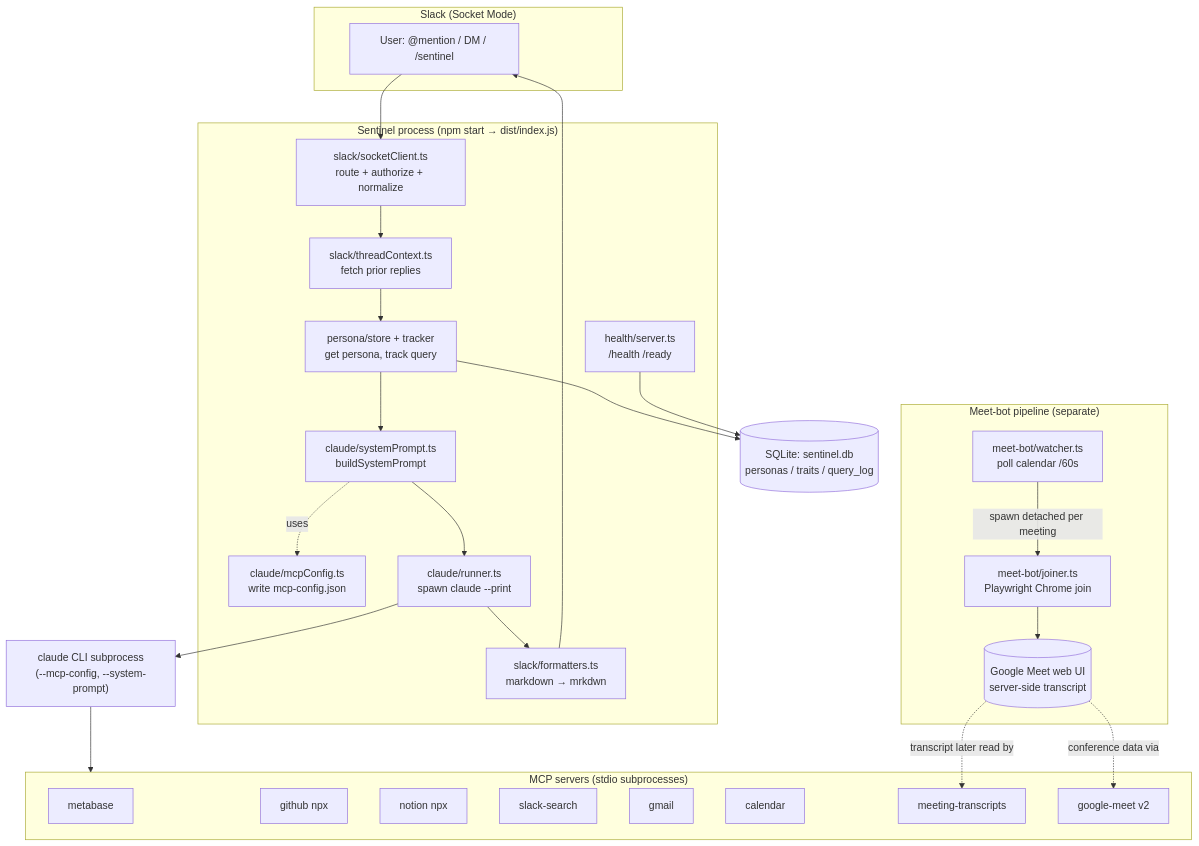
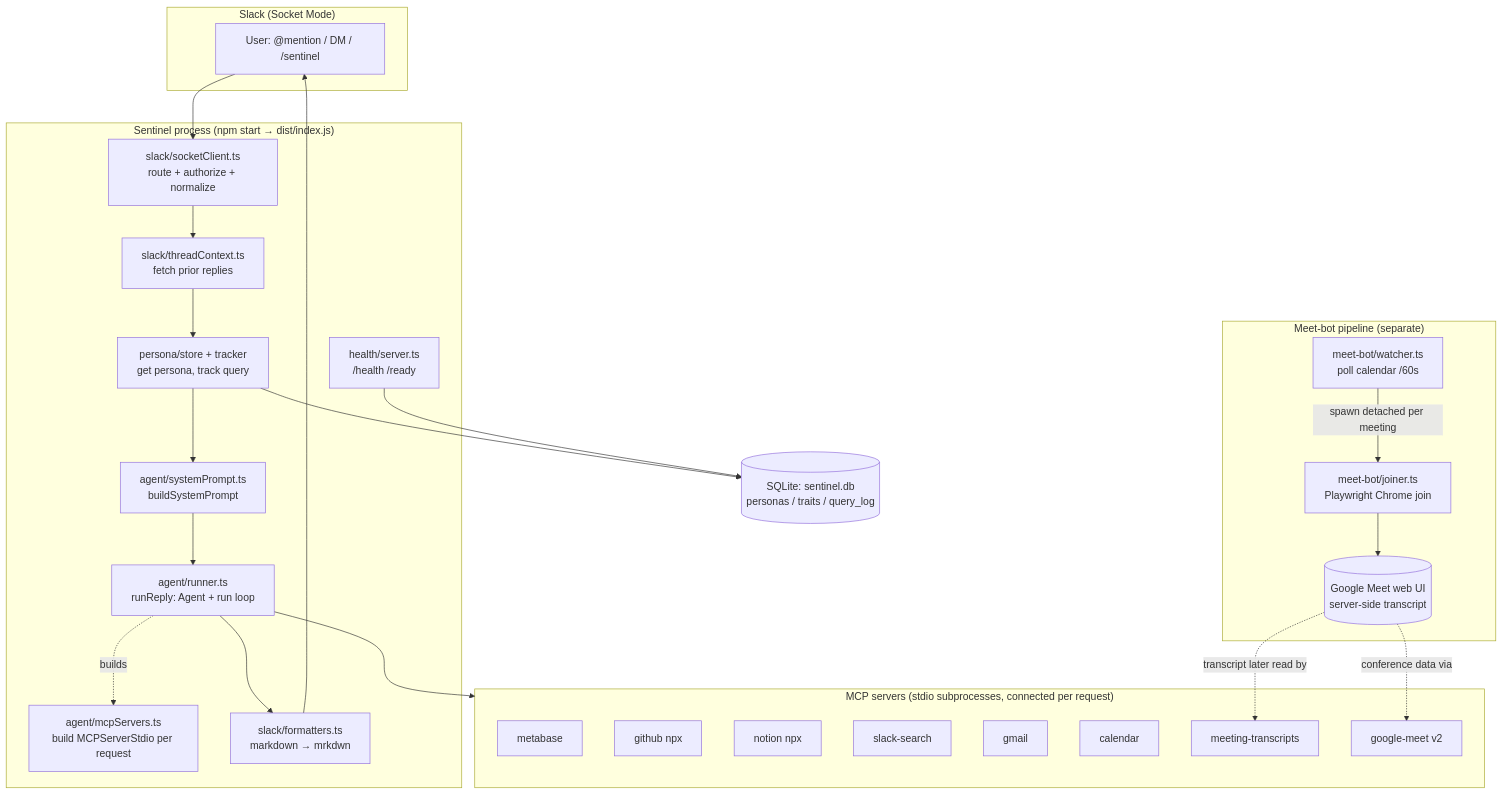
One commit to Newton-School/sentinel changed the diagram in ARCHITECTURE.md. Above: the diagram before and after it, drawn with Mermaid. The commit also changed other lines of this file and 16 other files, not shown here.

````diff
--- a/ARCHITECTURE.md
+++ b/ARCHITECTURE.md
@@ -9,49 +9,47 @@
 ```mermaid
 flowchart TD
     subgraph Slack["Slack (Socket Mode)"]
         U[User: @mention / DM / /sentinel]
     end
 
     subgraph Bot["Sentinel process (npm start → dist/index.js)"]
         SC[slack/socketClient.ts<br/>route + authorize + normalize]
         TC[slack/threadContext.ts<br/>fetch prior replies]
         PS[persona/store + tracker<br/>get persona, track query]
-        SP[claude/systemPrompt.ts<br/>buildSystemPrompt]
-        MC[claude/mcpConfig.ts<br/>write mcp-config.json]
-        RUN[claude/runner.ts<br/>spawn claude --print]
+        SP[agent/systemPrompt.ts<br/>buildSystemPrompt]
+        MC[agent/mcpServers.ts<br/>build MCPServerStdio per request]
+        RUN[agent/runner.ts<br/>runReply: Agent + run loop]
         FMT[slack/formatters.ts<br/>markdown → mrkdwn]
         HS[health/server.ts<br/>/health /ready]
     end
 
-    CLI["claude CLI subprocess<br/>(--mcp-config, --system-prompt)"]
-
-    subgraph MCP["MCP servers (stdio subprocesses)"]
+    subgraph MCP["MCP servers (stdio subprocesses, connected per request)"]
         MB[metabase]
         GH[github npx]
         NO[notion npx]
         SL[slack-search]
         GM[gmail]
         CAL[calendar]
         TR[meeting-transcripts]
         MEET[google-meet v2]
     end
 
     subgraph MeetPipe["Meet-bot pipeline (separate)"]
         W[meet-bot/watcher.ts<br/>poll calendar /60s]
         J[meet-bot/joiner.ts<br/>Playwright Chrome join]
         GMEET[(Google Meet web UI<br/>server-side transcript)]
     end
 
     DB[(SQLite: sentinel.db<br/>personas / traits / query_log)]
 
     U --> SC --> TC --> PS --> SP --> RUN
-    SP -.uses.-> MC
-    RUN --> CLI --> MCP
+    RUN -.builds.-> MC
+    RUN --> MCP
     RUN --> FMT --> U
     PS --> DB
     HS --> DB
 
     W -->|spawn detached per meeting| J --> GMEET
     GMEET -. transcript later read by .-> TR
     GMEET -. conference data via .-> MEET
 ```
````
